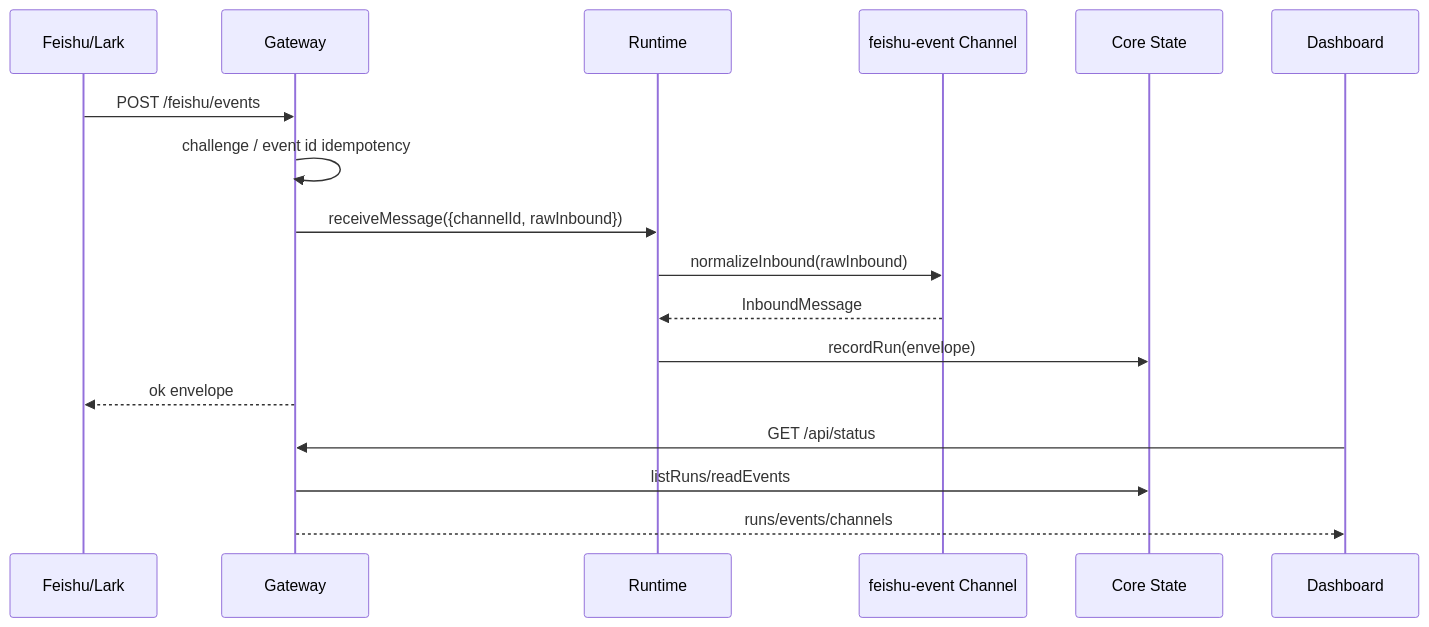
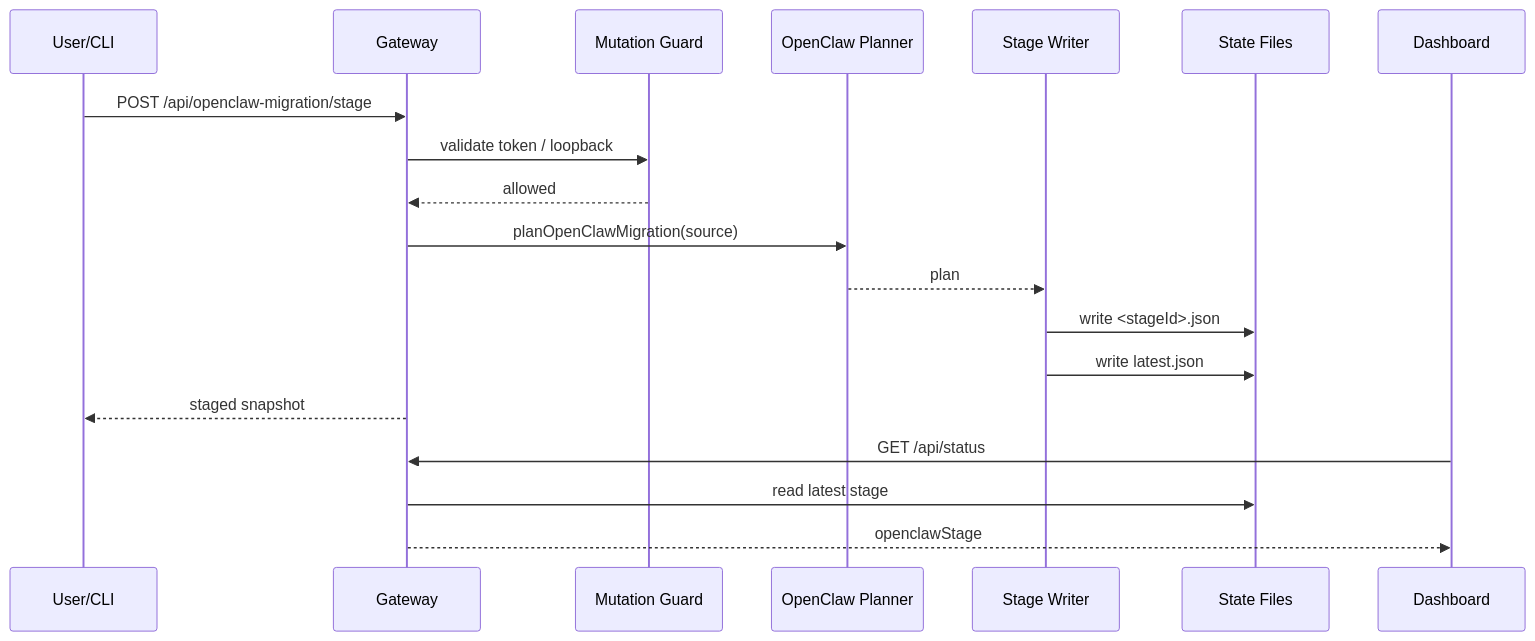
Before and after one commit to mayf3/myclaw: the fourth of 9 diagrams in docs/implementation-architecture.md, drawn with Mermaid. The commit also changed other lines of this file and 18 other files, not shown here.

Commit message:
feat: guard gateway mutations and stage openclaw migration

````diff
--- a/docs/implementation-architecture.md
+++ b/docs/implementation-architecture.md
@@ -115,20 +135,22 @@
 ```mermaid
 sequenceDiagram
-  participant F as Feishu/Lark
+  participant U as User/CLI
   participant G as Gateway
-  participant R as Runtime
-  participant C as feishu-event Channel
-  participant S as Core State
+  participant A as Mutation Guard
+  participant P as OpenClaw Planner
+  participant S as Stage Writer
+  participant FS as State Files
   participant D as Dashboard
 
-  F->>G: POST /feishu/events
-  G->>G: challenge / event id idempotency
-  G->>R: receiveMessage({channelId, rawInbound})
-  R->>C: normalizeInbound(rawInbound)
-  C-->>R: InboundMessage
-  R->>S: recordRun(envelope)
-  G-->>F: ok envelope
+  U->>G: POST /api/openclaw-migration/stage
+  G->>A: validate token / loopback
+  A-->>G: allowed
+  G->>P: planOpenClawMigration(source)
+  P-->>S: plan
+  S->>FS: write <stageId>.json
+  S->>FS: write latest.json
+  G-->>U: staged snapshot
   D->>G: GET /api/status
-  G->>S: listRuns/readEvents
-  G-->>D: runs/events/channels
+  G->>FS: read latest stage
+  G-->>D: openclawStage
 ```
````
